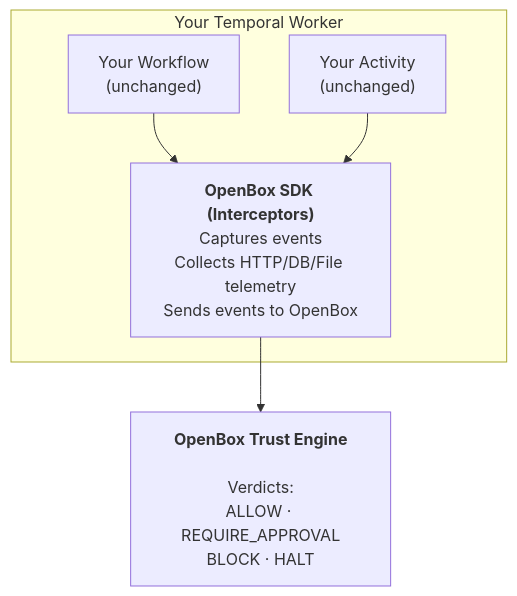
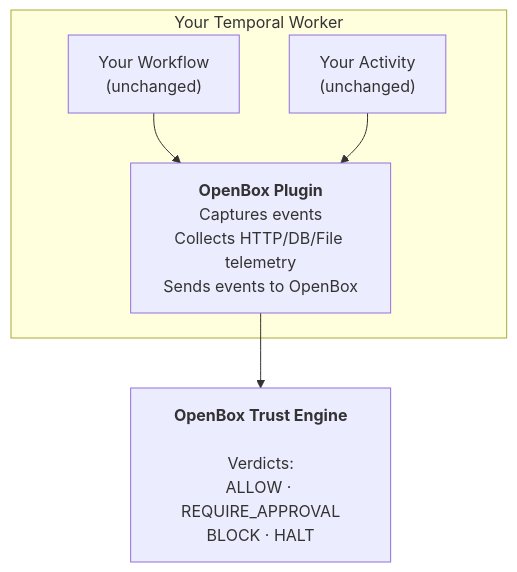
One commit to OpenBox-AI/openbox-document changed the diagram in website/docs/developer-guide/temporal-python/sdk-reference.md. Above: the diagram before and after it, drawn with Mermaid. The commit also changed other lines of this file and 14 other files, not shown here.

First line of the commit message:
docs: migrate Temporal integration from SDK wrapper to OpenBoxPlugin

````diff
--- a/website/docs/developer-guide/temporal-python/sdk-reference.md
+++ b/website/docs/developer-guide/temporal-python/sdk-reference.md
@@ -149,14 +162,14 @@
 ```mermaid
 flowchart TD
     subgraph worker["Your Temporal Worker"]
         workflow["Your Workflow<br/>(unchanged)"]
         activity["Your Activity<br/>(unchanged)"]
-        sdk["<b>OpenBox SDK (Interceptors)</b><br/>Captures events<br/>Collects HTTP/DB/File telemetry<br/>Sends events to OpenBox"]
+        sdk["<b>OpenBox Plugin</b><br/>Captures events<br/>Collects HTTP/DB/File telemetry<br/>Sends events to OpenBox"]
         workflow --> sdk
         activity --> sdk
     end
 
     sdk --> engine
 
     engine["<b>OpenBox Trust Engine</b><br/><br/>Verdicts:<br/>ALLOW · REQUIRE_APPROVAL<br/>BLOCK · HALT"]
 ```
````
